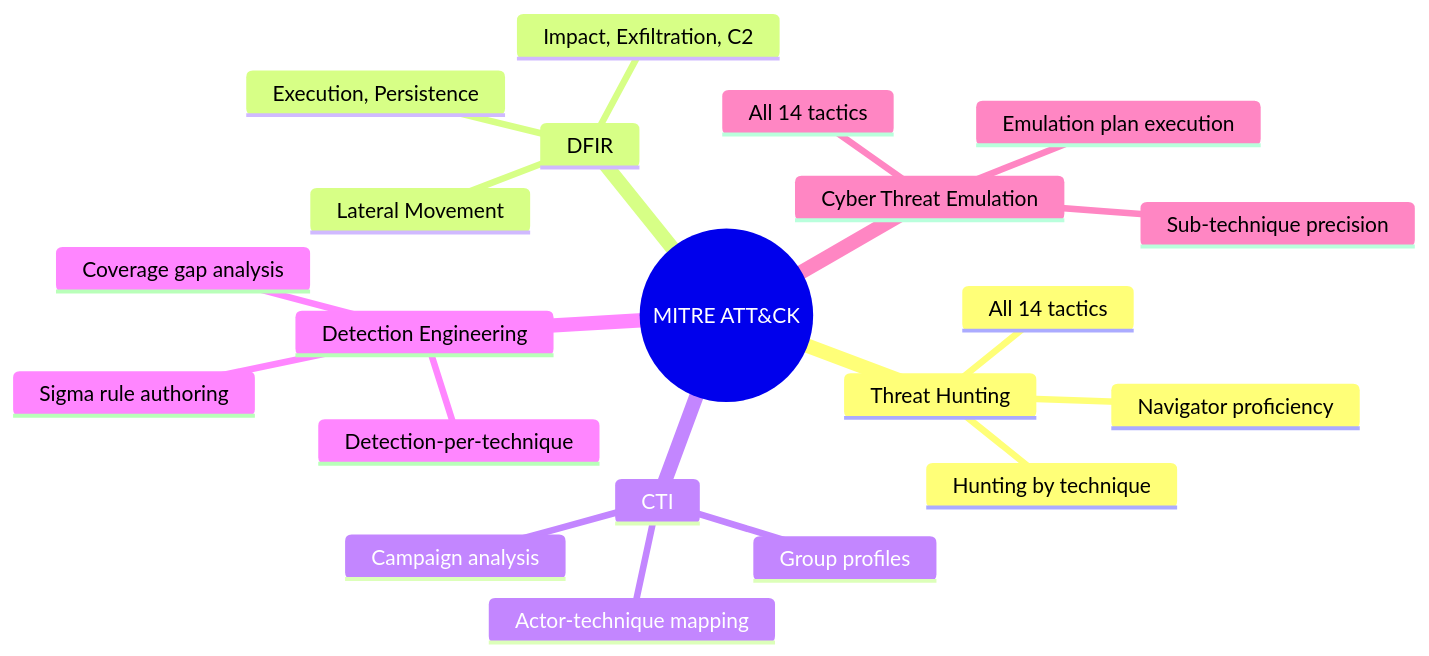
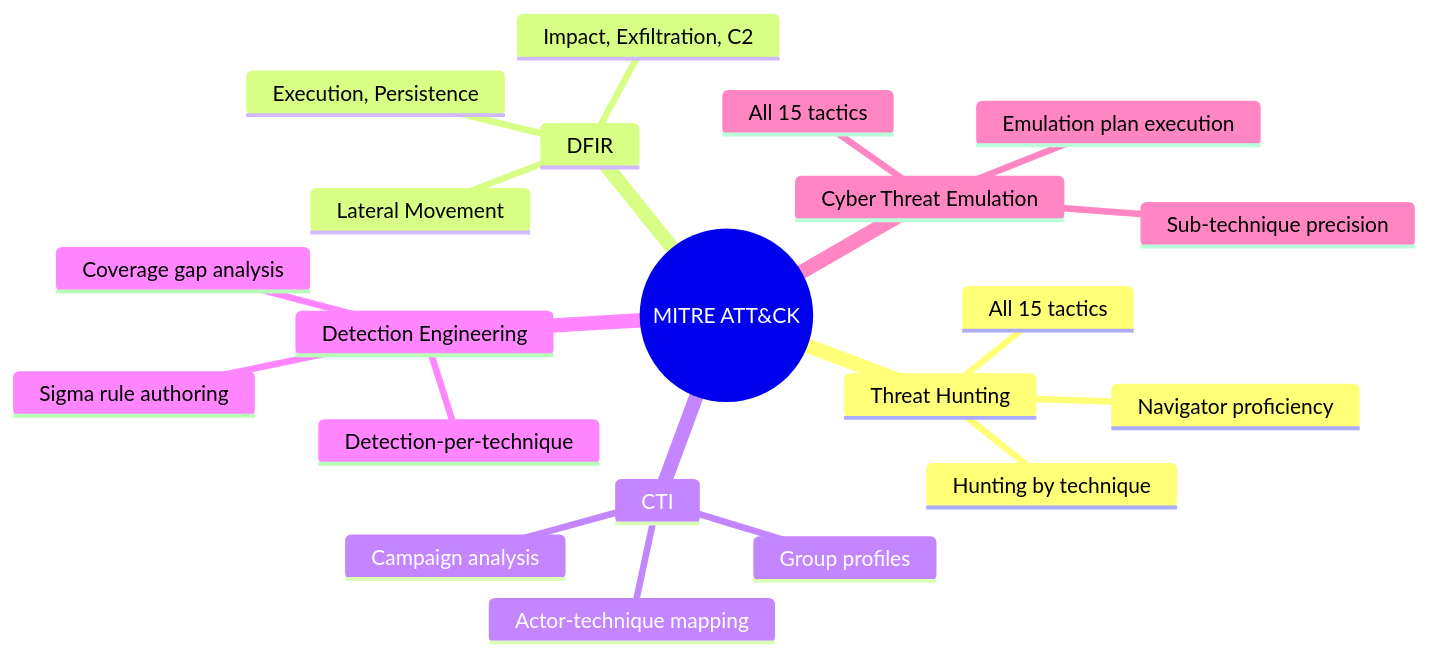
Before and after one commit to dev-nobytes-io/Open-source-cybersecurity-degree-australia-: the second of 4 diagrams in docs/frameworks.md, drawn with Mermaid. The commit also changed other lines of this file and 2 other files, not shown here.

First line of the commit message:
frameworks: Enterprise ATT&CK v19 has 15 tactics, not 14

````diff
--- a/docs/frameworks.md
+++ b/docs/frameworks.md
@@ -91,24 +91,24 @@
 ```mermaid
 mindmap
   root((MITRE ATT&CK))
     Threat Hunting
-      All 14 tactics
+      All 15 tactics
       Hunting by technique
       Navigator proficiency
     DFIR
       Impact, Exfiltration, C2
       Execution, Persistence
       Lateral Movement
     CTI
       Actor-technique mapping
       Campaign analysis
       Group profiles
     Detection Engineering
       Detection-per-technique
       Coverage gap analysis
       Sigma rule authoring
     Cyber Threat Emulation
       Emulation plan execution
-      All 14 tactics
+      All 15 tactics
       Sub-technique precision
 ```
````
